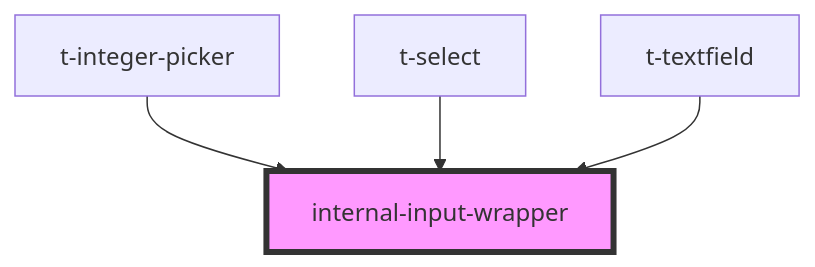
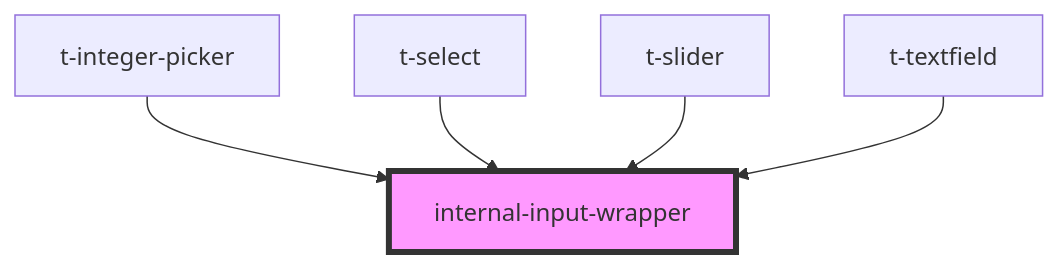
Before and after one commit to TomasEng/web-components: the diagram in packages/stencil/src/components/internal-input-wrapper/readme.md, drawn with Mermaid. The commit also changed other lines of this file and 19 other files, not shown here.

````diff
--- a/packages/stencil/src/components/internal-input-wrapper/readme.md
+++ b/packages/stencil/src/components/internal-input-wrapper/readme.md
@@ -24,7 +25,8 @@
 ```mermaid
 graph TD;
   t-integer-picker --> internal-input-wrapper
   t-select --> internal-input-wrapper
+  t-slider --> internal-input-wrapper
   t-textfield --> internal-input-wrapper
   style internal-input-wrapper fill:#f9f,stroke:#333,stroke-width:4px
 ```
````
